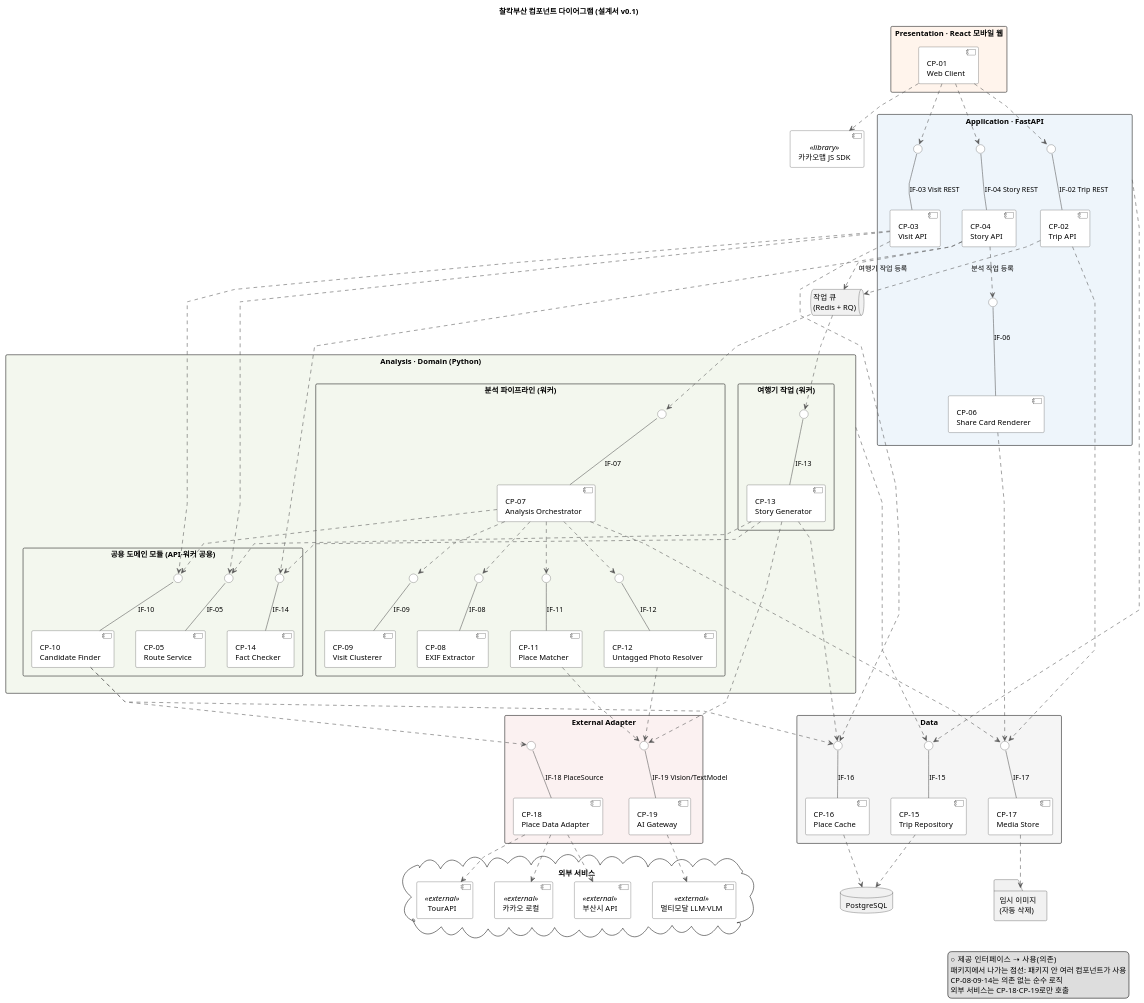
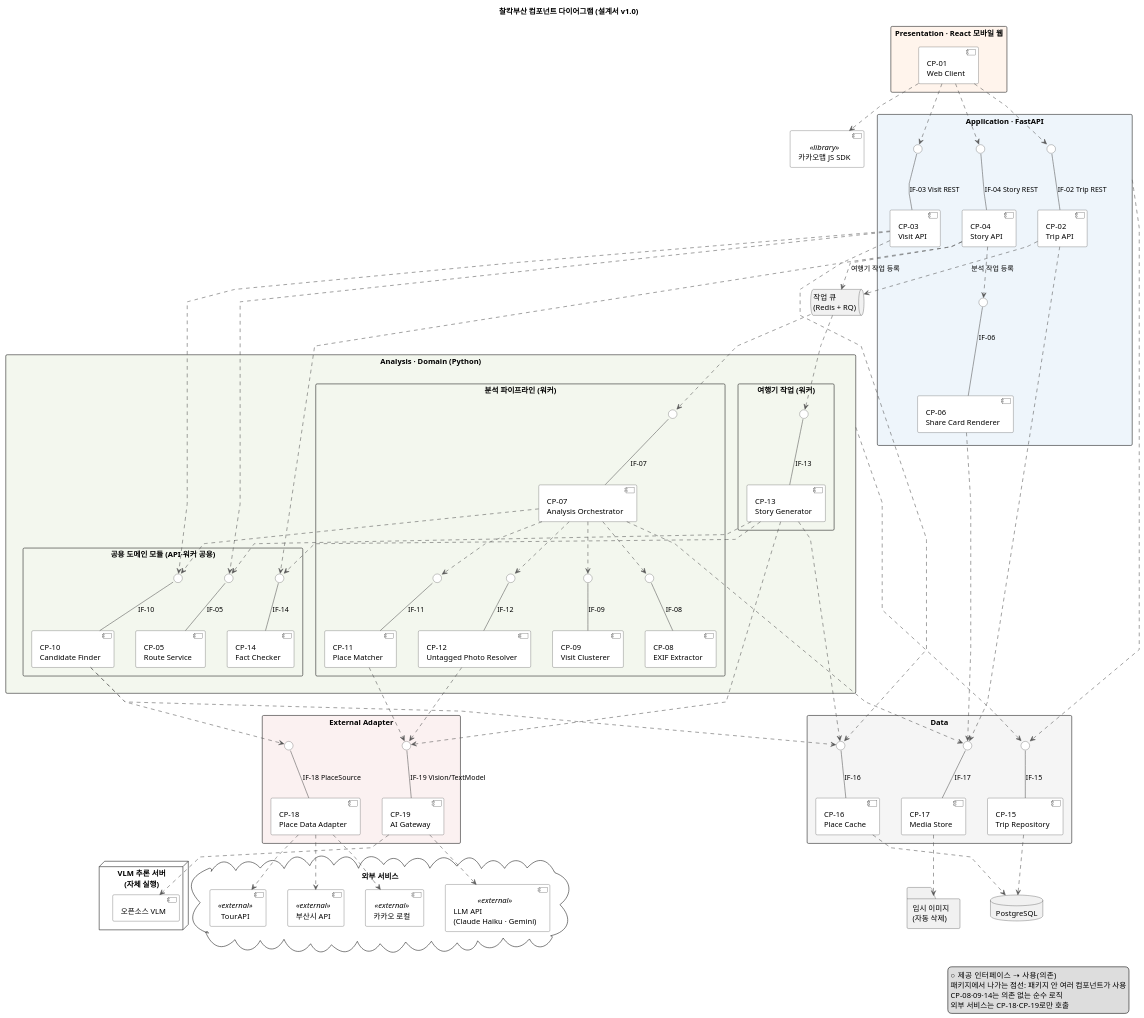
Before and after one commit to gokimkh123/SWEngineering-project-10: the diagram in docs/04-design/component-diagram.puml, drawn with PlantUML. The commit also changed 16 other files, not shown here.

```diff
--- a/docs/04-design/component-diagram.puml
+++ b/docs/04-design/component-diagram.puml
@@ -1,174 +1,179 @@
 @startuml
-' 찰칵부산 컴포넌트 다이어그램 — 설계서 v0.1 3.4절
+' 찰칵부산 컴포넌트 다이어그램 — 설계서 v1.0 3.3절
 ' Visual Paradigm VPasCode로 렌더링 → component-diagram.png
-title 찰칵부산 컴포넌트 다이어그램 (설계서 v0.1)
+title 찰칵부산 컴포넌트 다이어그램 (설계서 v1.0)
 
 skinparam componentStyle uml2
 skinparam shadowing false
 skinparam packageStyle rectangle
 skinparam nodesep 40
 skinparam ranksep 60
 skinparam ArrowColor #555555
 skinparam linetype polyline
 skinparam component {
   BackgroundColor #FFFFFF
   BorderColor #333333
 }
 skinparam interface {
   BackgroundColor #FFFFFF
   BorderColor #333333
 }
 
 package "Presentation · React 모바일 웹" #FFF4EC {
   [CP-01\nWeb Client] as CP01
 }
 
 [카카오맵 JS SDK] <<library>> as KMAP
 
 package "Application · FastAPI" as PKG_APP #EEF5FB {
   [CP-02\nTrip API] as CP02
   [CP-03\nVisit API] as CP03
   [CP-04\nStory API] as CP04
   [CP-06\nShare Card Renderer] as CP06
   () " " as IF02
   () " " as IF03
   () " " as IF04
   () " " as IF06
 }
 
 queue "작업 큐\n(Redis + RQ)" as Q
 
 package "Analysis · Domain (Python)" as PKG_ANA #F3F7EE {
   package "분석 파이프라인 (워커)" {
     [CP-07\nAnalysis Orchestrator] as CP07
     [CP-08\nEXIF Extractor] as CP08
     [CP-09\nVisit Clusterer] as CP09
     [CP-11\nPlace Matcher] as CP11
     [CP-12\nUntagged Photo Resolver] as CP12
     () " " as IF07
     () " " as IF08
     () " " as IF09
     () " " as IF11
     () " " as IF12
   }
   package "여행기 작업 (워커)" {
     [CP-13\nStory Generator] as CP13
     () " " as IF13
   }
   package "공용 도메인 모듈 (API·워커 공용)" {
     [CP-05\nRoute Service] as CP05
     [CP-10\nCandidate Finder] as CP10
     [CP-14\nFact Checker] as CP14
     () " " as IF05
     () " " as IF10
     () " " as IF14
   }
 }
 
 package "Data" #F5F5F5 {
   [CP-15\nTrip Repository] as CP15
   [CP-16\nPlace Cache] as CP16
   [CP-17\nMedia Store] as CP17
   () " " as IF15
   () " " as IF16
   () " " as IF17
 }
 
 package "External Adapter" #FBF1F1 {
   [CP-18\nPlace Data Adapter] as CP18
   [CP-19\nAI Gateway] as CP19
   () " " as IF18
   () " " as IF19
 }
 
 cloud "외부 서비스" {
   [TourAPI] <<external>> as TOUR
   [부산시 API] <<external>> as BUSAN
   [카카오 로컬] <<external>> as KAKAO
-  [멀티모달 LLM·VLM] <<external>> as LLM
+  [LLM API\n(Claude Haiku · Gemini)] <<external>> as LLM
+}
+
+node "VLM 추론 서버\n(자체 실행)" {
+  [오픈소스 VLM] as VLMS
 }
 
 database "PostgreSQL" as PG
 folder "임시 이미지\n(자동 삭제)" as TMP
 
 ' ── 제공 인터페이스 (lollipop)
 CP02 -up- IF02 : IF-02 Trip REST
 CP03 -up- IF03 : IF-03 Visit REST
 CP04 -up- IF04 : IF-04 Story REST
 CP06 -up- IF06 : IF-06
 CP05 -up- IF05 : IF-05
 CP07 -up- IF07 : IF-07
 CP08 -up- IF08 : IF-08
 CP09 -up- IF09 : IF-09
 CP10 -up- IF10 : IF-10
 CP11 -up- IF11 : IF-11
 CP12 -up- IF12 : IF-12
 CP13 -up- IF13 : IF-13
 CP14 -up- IF14 : IF-14
 CP15 -up- IF15 : IF-15
 CP16 -up- IF16 : IF-16
 CP17 -up- IF17 : IF-17
 CP18 -up- IF18 : IF-18 PlaceSource
 CP19 -up- IF19 : IF-19 Vision/TextModel
 
 ' ── Presentation
 CP01 ..> IF02
 CP01 ..> IF03
 CP01 ..> IF04
 CP01 ..> KMAP
 
 ' ── Application
 CP02 ..> Q : 분석 작업 등록
 CP02 ..> IF17
 CP03 ..> IF05
 CP03 ..> IF10
 CP03 ..> IF16
 CP04 ..> Q : 여행기 작업 등록
 CP04 ..> IF14
 CP04 ..> IF06
 CP06 ..> IF17
 
 ' ── 작업 큐 → 워커
 Q ..> IF07
 Q ..> IF13
 
 ' ── 분석 파이프라인
 CP07 ..> IF08
 CP07 ..> IF09
 CP07 ..> IF10
 CP07 ..> IF11
 CP07 ..> IF12
 CP07 ..> IF17
 CP11 ..> IF19
 CP12 ..> IF19
 
 ' ── 여행기 작업
 CP13 ..> IF19
 CP13 ..> IF14
 CP13 ..> IF05
 CP13 ..> IF16
 
 ' ── 공용 도메인 모듈
 CP10 ..> IF18
 CP10 ..> IF16
 
 ' ── Trip Repository는 거의 모든 컴포넌트가 쓰므로 패키지 단위로 표시
 PKG_APP ..> IF15
 PKG_ANA ..> IF15
 
 ' ── Data / External
 CP15 ..> PG
 CP16 ..> PG
 CP17 ..> TMP
 CP18 ..> TOUR
 CP18 ..> BUSAN
 CP18 ..> KAKAO
 CP19 ..> LLM
+CP19 ..> VLMS
 
 legend right
   ○ 제공 인터페이스   ⇢ 사용(의존)
   패키지에서 나가는 점선: 패키지 안 여러 컴포넌트가 사용
   CP-08·09·14는 의존 없는 순수 로직
   외부 서비스는 CP-18·CP-19로만 호출
 endlegend
 @enduml
```
